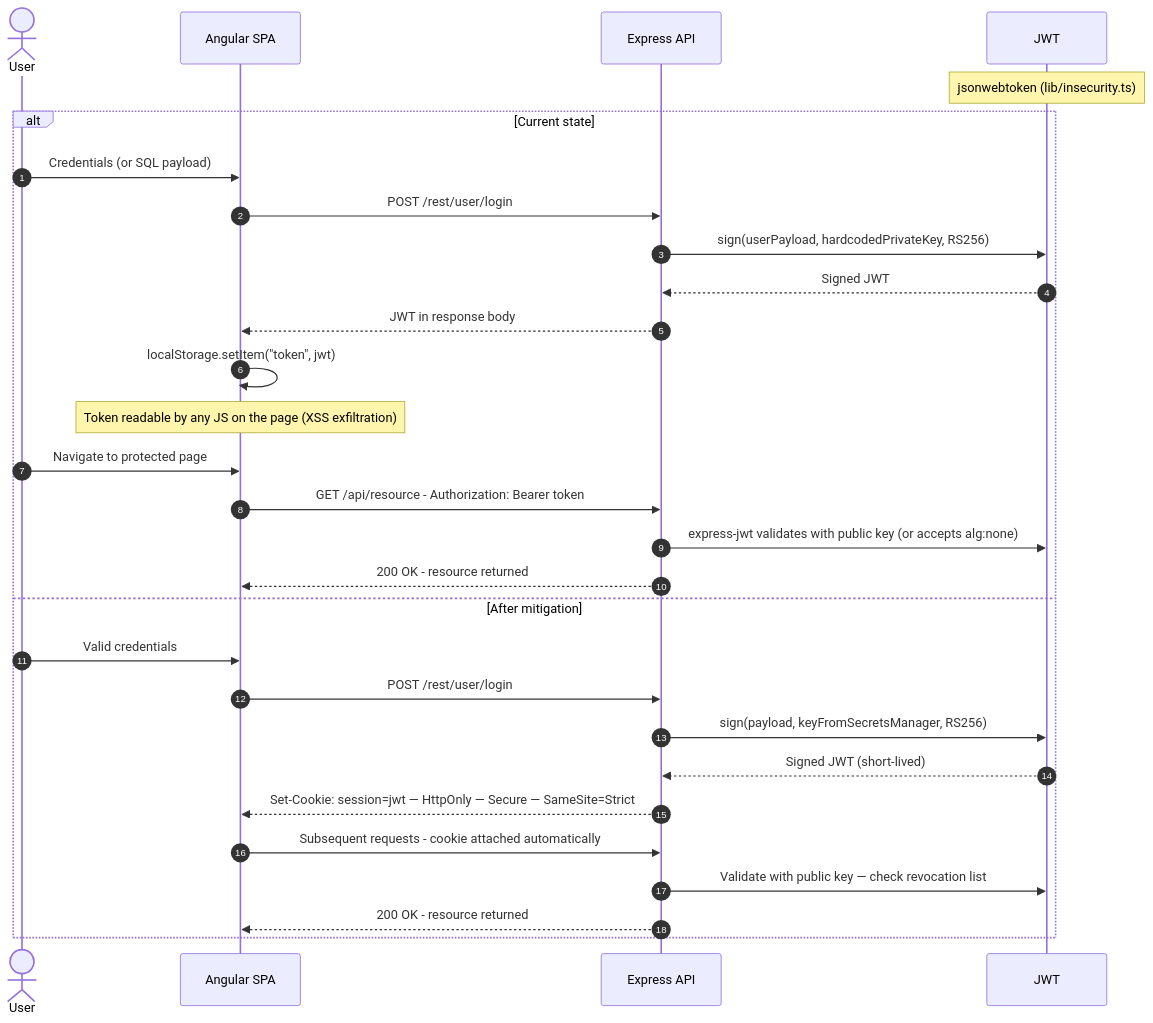
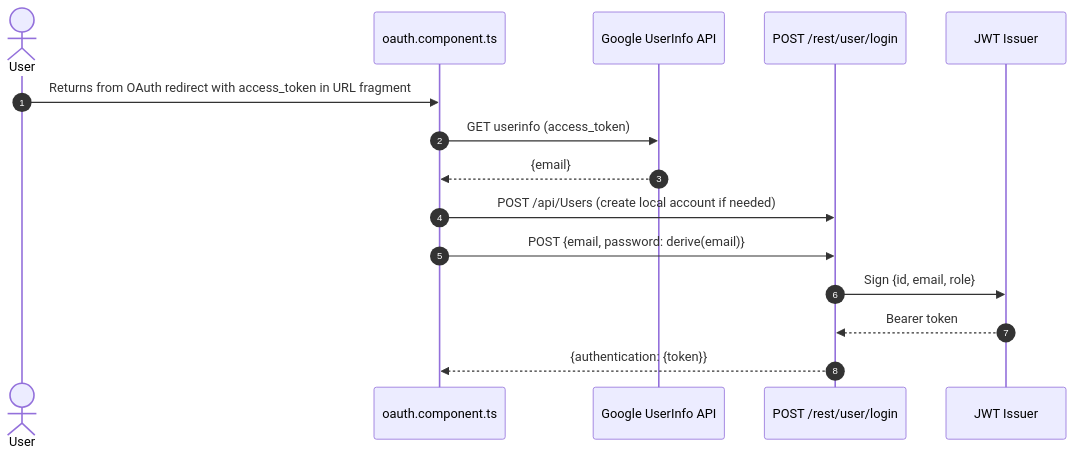
One commit to appsec-foundry/appsec-advisor changed diagram 20 of 21 in examples/threat-modeler/threat-model-juice-shop-standard.md. Above: the diagram before and after it, drawn with Mermaid. The commit also changed other lines of this file and 2 other files, not shown here.

````diff
--- a/examples/threat-modeler/threat-model-juice-shop-standard.md
+++ b/examples/threat-modeler/threat-model-juice-shop-standard.md
@@ -1099,32 +1237,18 @@
 ```mermaid
 sequenceDiagram
     autonumber
     actor User
-    participant SPA as Angular SPA
-    participant API as Express API
-    participant JWT
-    Note over JWT: jsonwebtoken (lib/insecurity.ts)
+    participant SPA as oauth.component.ts
+    participant Google as Google UserInfo API
+    participant API as POST /rest/user/login
+    participant JWT as JWT Issuer
 
-    alt Current state
-        User->>SPA: Credentials (or SQL payload)
-        SPA->>API: POST /rest/user/login
-        API->>JWT: sign(userPayload, hardcodedPrivateKey, RS256)
-        JWT-->>API: Signed JWT
-        API-->>SPA: JWT in response body
-        SPA->>SPA: localStorage.setItem("token", jwt)
-        Note over SPA: Token readable by any JS on the page (XSS exfiltration)
-        User->>SPA: Navigate to protected page
-        SPA->>API: GET /api/resource - Authorization: Bearer token
-        API->>JWT: express-jwt validates with public key (or accepts alg:none)
-        API-->>SPA: 200 OK - resource returned
-    else After mitigation
-        User->>SPA: Valid credentials
-        SPA->>API: POST /rest/user/login
-        API->>JWT: sign(payload, keyFromSecretsManager, RS256)
-        JWT-->>API: Signed JWT (short-lived)
-        API-->>SPA: Set-Cookie: session=jwt — HttpOnly — Secure — SameSite=Strict
-        SPA->>API: Subsequent requests - cookie attached automatically
-        API->>JWT: Validate with public key — check revocation list
-        API-->>SPA: 200 OK - resource returned
-    end
+    User->>SPA: Returns from OAuth redirect with access_token in URL fragment
+    SPA->>Google: GET userinfo (access_token)
+    Google-->>SPA: {email}
+    SPA->>API: POST /api/Users (create local account if needed)
+    SPA->>API: POST {email, password: derive(email)}
+    API->>JWT: Sign {id, email, role}
+    JWT-->>API: Bearer token
+    API-->>SPA: {authentication: {token}}
 ```
````
